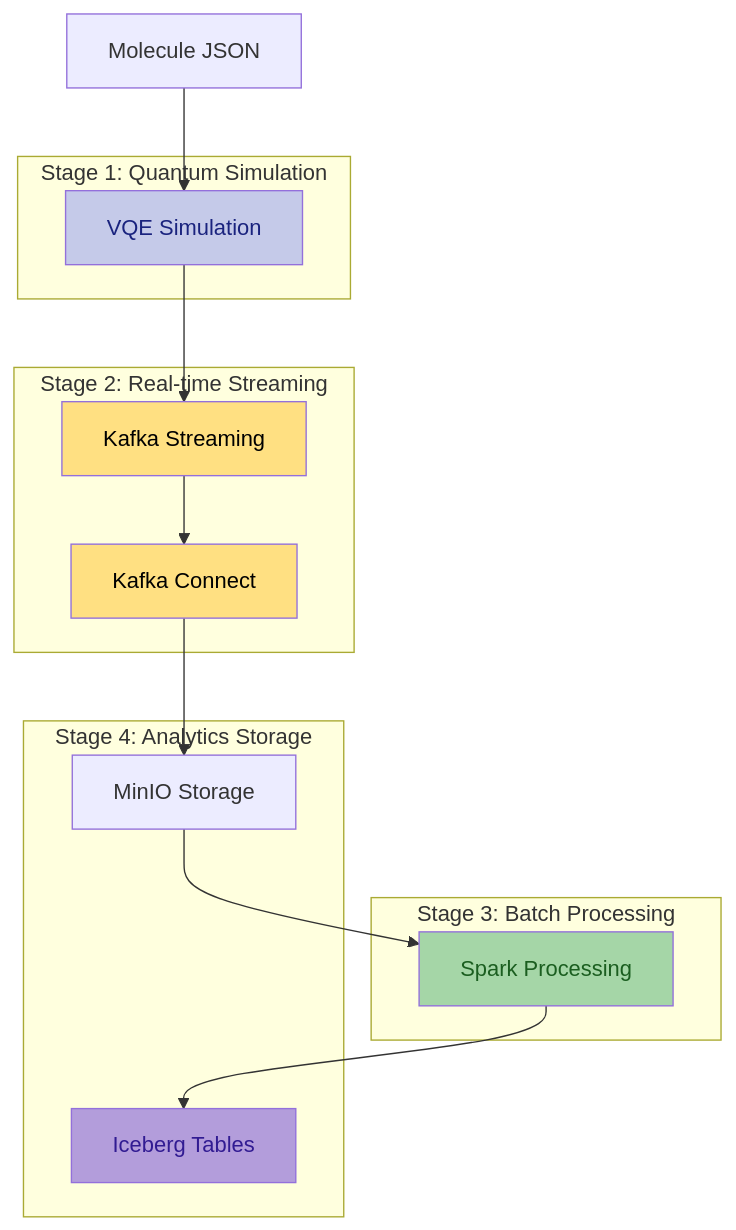
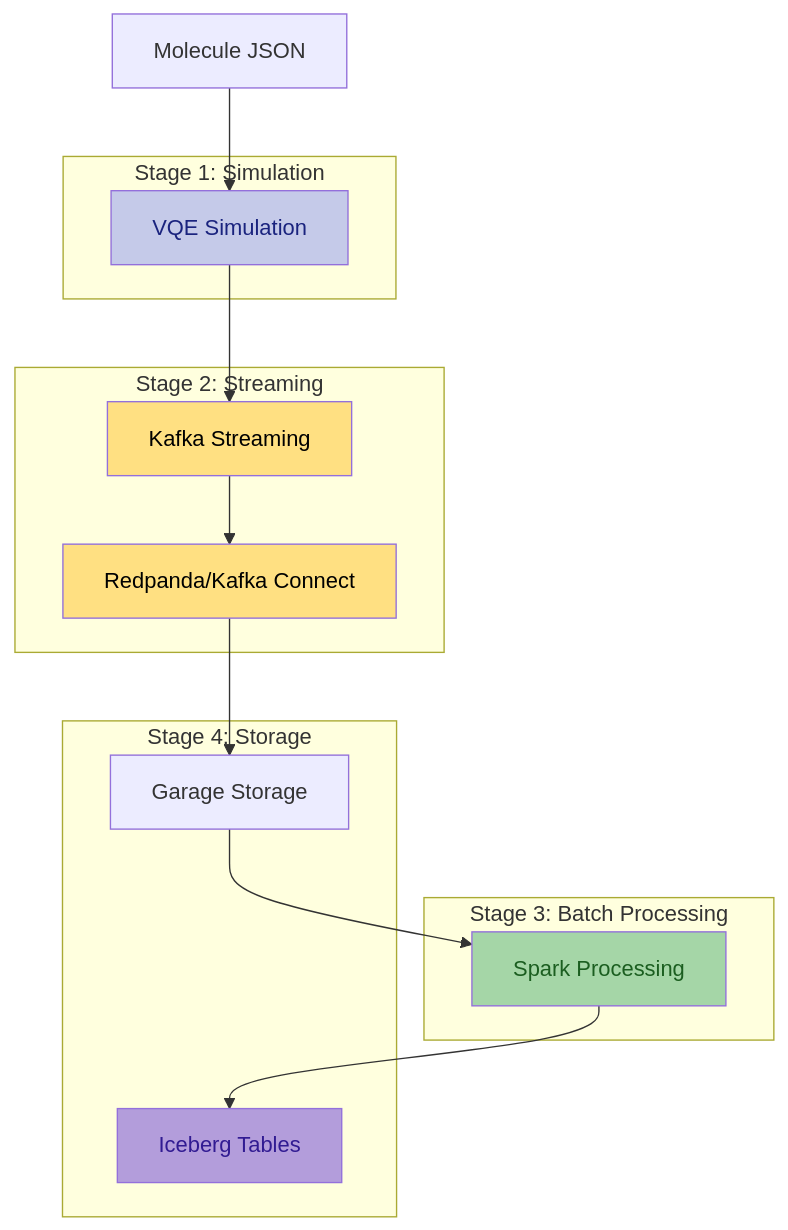
One commit to straightchlorine/quantum-pipeline changed the first of 4 diagrams in docs/architecture/data-flow.md. Above: the diagram before and after it, drawn with Mermaid. The commit also changed other lines of this file and 146 other files, not shown here.

````diff
--- a/docs/architecture/data-flow.md
+++ b/docs/architecture/data-flow.md
@@ -11,33 +8,33 @@
 ```mermaid
 graph TB
     INPUT[Molecule JSON] --> VQE[VQE Simulation]
     VQE --> STREAM[Kafka Streaming]
-    STREAM --> KC[Kafka Connect]
-    KC --> MINIO[MinIO Storage]
-    MINIO --> SPARK[Spark Processing]
+    STREAM --> RC[Redpanda/Kafka Connect]
+    RC --> GARAGE[Garage Storage]
+    GARAGE --> SPARK[Spark Processing]
     SPARK --> ICEBERG[Iceberg Tables]
 
-    subgraph "Stage 1: Quantum Simulation"
+    subgraph "Stage 1: Simulation"
         VQE
     end
 
-    subgraph "Stage 2: Real-time Streaming"
+    subgraph "Stage 2: Streaming"
         STREAM
-        KC
+        RC
     end
 
     subgraph "Stage 3: Batch Processing"
         SPARK
     end
 
-    subgraph "Stage 4: Analytics Storage"
+    subgraph "Stage 4: Storage"
         ICEBERG
-        MINIO
+        GARAGE
     end
 
     style VQE fill:#c5cae9,color:#1a237e
     style STREAM fill:#ffe082,color:#000
-    style KC fill:#ffe082,color:#000
+    style RC fill:#ffe082,color:#000
     style SPARK fill:#a5d6a7,color:#1b5e20
     style ICEBERG fill:#b39ddb,color:#311b92
 ```
````
